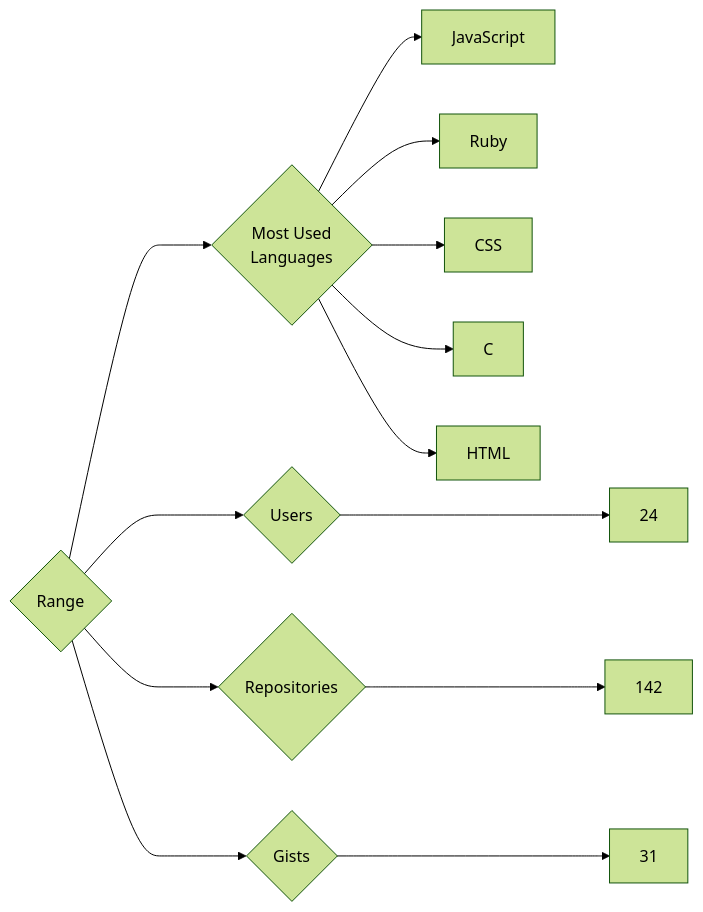
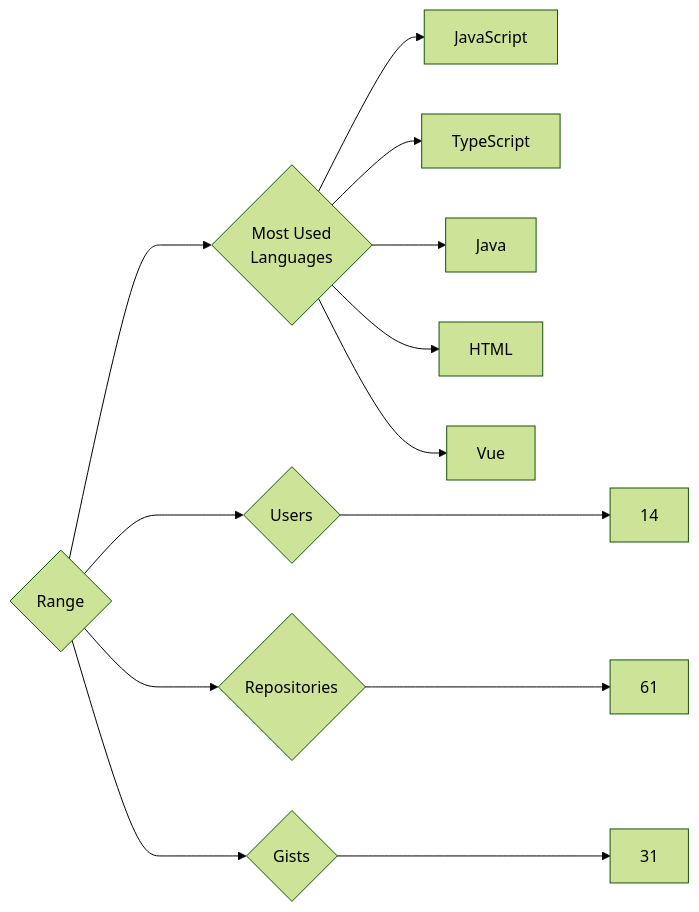
Before and after one commit to trickest/insiders: the diagram in targets/Range/README.md, drawn with Mermaid (forest theme). The commit also changed 682 other files, not shown here.

````diff
--- a/targets/Range/README.md
+++ b/targets/Range/README.md
@@ -3,13 +3,13 @@
 ```mermaid
 graph LR
 COMPANY_NAME{Range}
-COMPANY_NAME ---> U{Users} ---> UN[24]
-COMPANY_NAME ---> R{Repositories} ---> RN[142]
+COMPANY_NAME ---> U{Users} ---> UN[14]
+COMPANY_NAME ---> R{Repositories} ---> RN[61]
 COMPANY_NAME ---> G{Gists} ---> GN[31]
 COMPANY_NAME ---> ML{Most Used<br>Languages}
 ML --> JavaScript[JavaScript]
-ML --> Ruby[Ruby]
-ML --> CSS[CSS]
-ML --> C[C]
+ML --> TypeScript[TypeScript]
+ML --> Java[Java]
 ML --> HTML[HTML]
+ML --> Vue[Vue]
 ```
````
